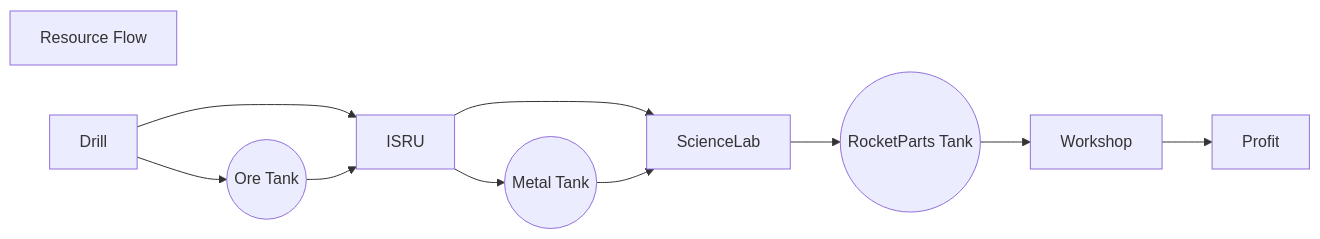
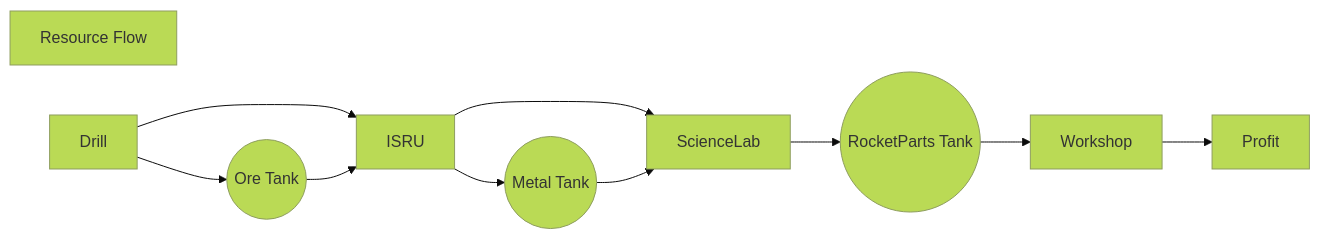
One commit to Real-Gecko/KSP-SimpleConstruction changed the diagram in docs/resourceFlow.md. Above: the diagram before and after it, drawn with Mermaid.

````diff
--- a/docs/resourceFlow.md
+++ b/docs/resourceFlow.md
@@ -27,10 +27,11 @@
 ```mermaid
+  %%{init: {'theme': 'base', 'themeVariables': { 'primaryColor': '#bada55'}}}%%
   graph LR
     id[Resource Flow];
       Drill-->StoreOre((Ore Tank)) & ISRU
       StoreOre-->ISRU
       ISRU-->StoreMetal((Metal Tank)) & ScienceLab
       StoreMetal-->ScienceLab
       ScienceLab-->StoreRP((RocketParts Tank))--> Workshop
       Workshop-->Profit
 ```
````
